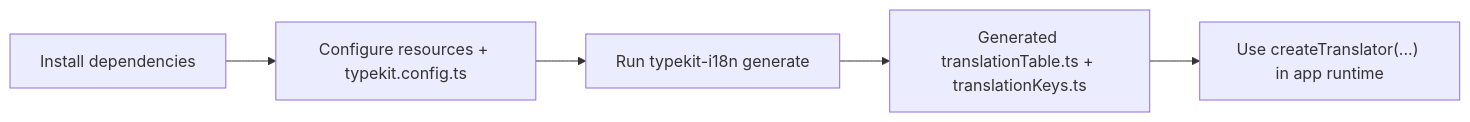
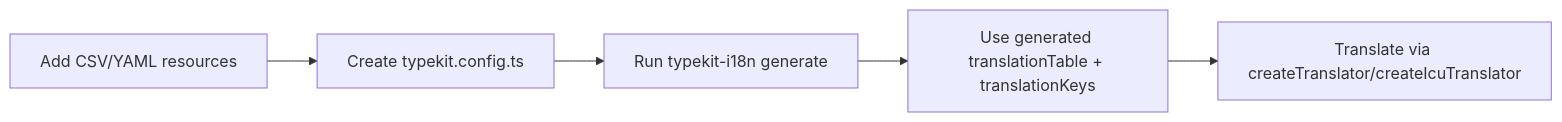
Before and after one commit to Michael--/typekit-i18n: the diagram in apps/docs-site/docs/getting-started.md, drawn with Mermaid. The commit also changed other lines of this file and 10 other files, not shown here.

````diff
--- a/apps/docs-site/docs/getting-started.md
+++ b/apps/docs-site/docs/getting-started.md
@@ -14,7 +87,7 @@
 ```mermaid
 flowchart LR
-  A["Install dependencies"] --> B["Configure resources + typekit.config.ts"]
+  A["Add CSV/YAML resources"] --> B["Create typekit.config.ts"]
   B --> C["Run typekit-i18n generate"]
-  C --> D["Generated translationTable.ts + translationKeys.ts"]
-  D --> E["Use createTranslator(...) in app runtime"]
+  C --> D["Use generated translationTable + translationKeys"]
+  D --> E["Translate via createTranslator/createIcuTranslator"]
 ```
````
